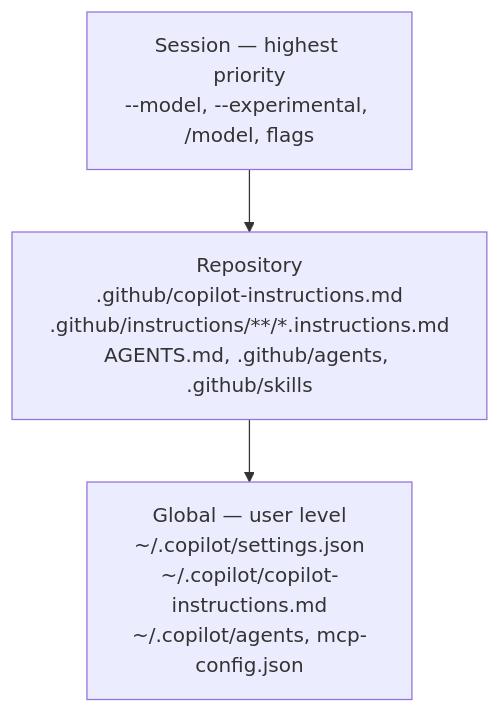
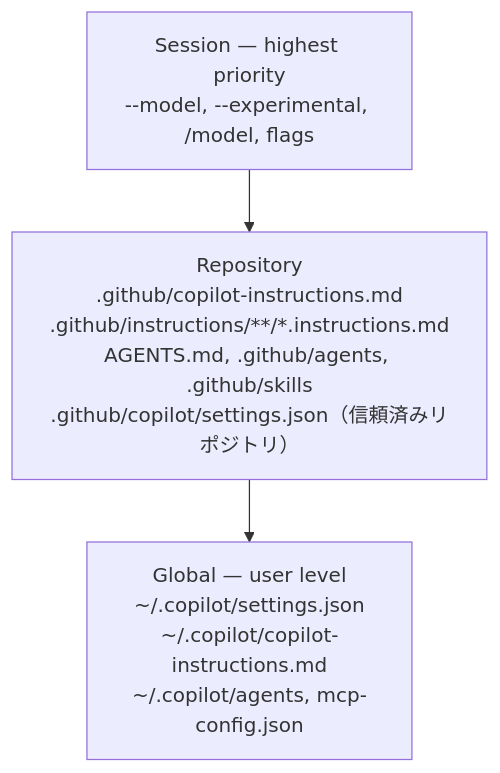
The second of 2 diagrams in docs/copilot_cli_tutorial/getting_started.ja.md (ks6088ts/template-github-copilot), drawn with Mermaid before and after one commit. The commit also changed other lines of this file and 7 other files, not shown here.

````diff
--- a/docs/copilot_cli_tutorial/getting_started.ja.md
+++ b/docs/copilot_cli_tutorial/getting_started.ja.md
@@ -132,5 +132,5 @@
 ```mermaid
 graph TD
-    S["Session — highest priority<br/>--model, --experimental, /model, flags"] --> R["Repository<br/>.github/copilot-instructions.md<br/>.github/instructions/**/*.instructions.md<br/>AGENTS.md, .github/agents, .github/skills"]
+    S["Session — highest priority<br/>--model, --experimental, /model, flags"] --> R["Repository<br/>.github/copilot-instructions.md<br/>.github/instructions/**/*.instructions.md<br/>AGENTS.md, .github/agents, .github/skills<br/>.github/copilot/settings.json（信頼済みリポジトリ）"]
     R --> G["Global — user level<br/>~/.copilot/settings.json<br/>~/.copilot/copilot-instructions.md<br/>~/.copilot/agents, mcp-config.json"]
 ```
````
